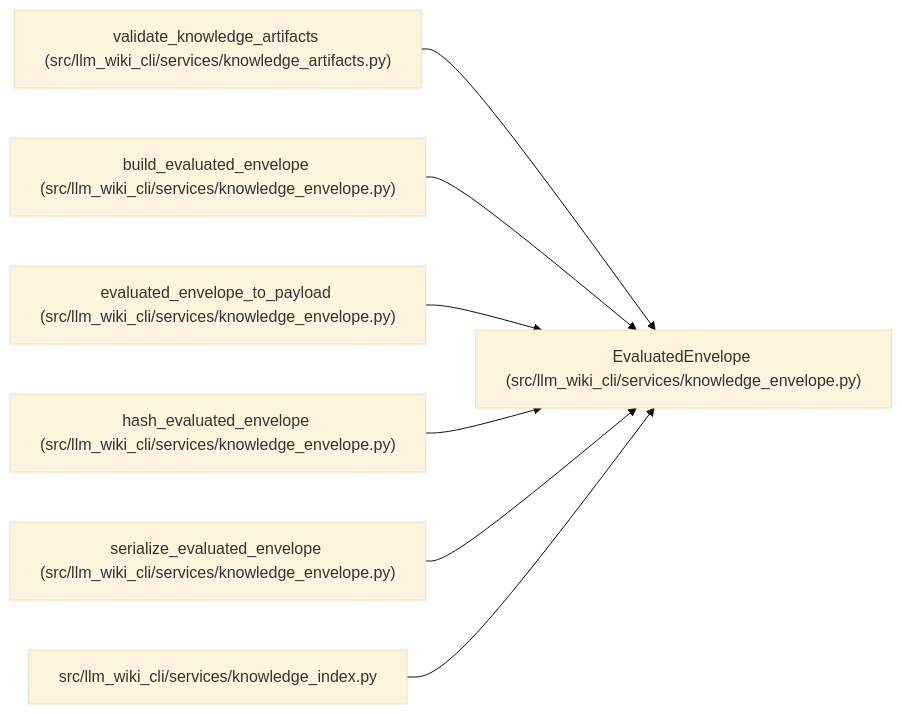
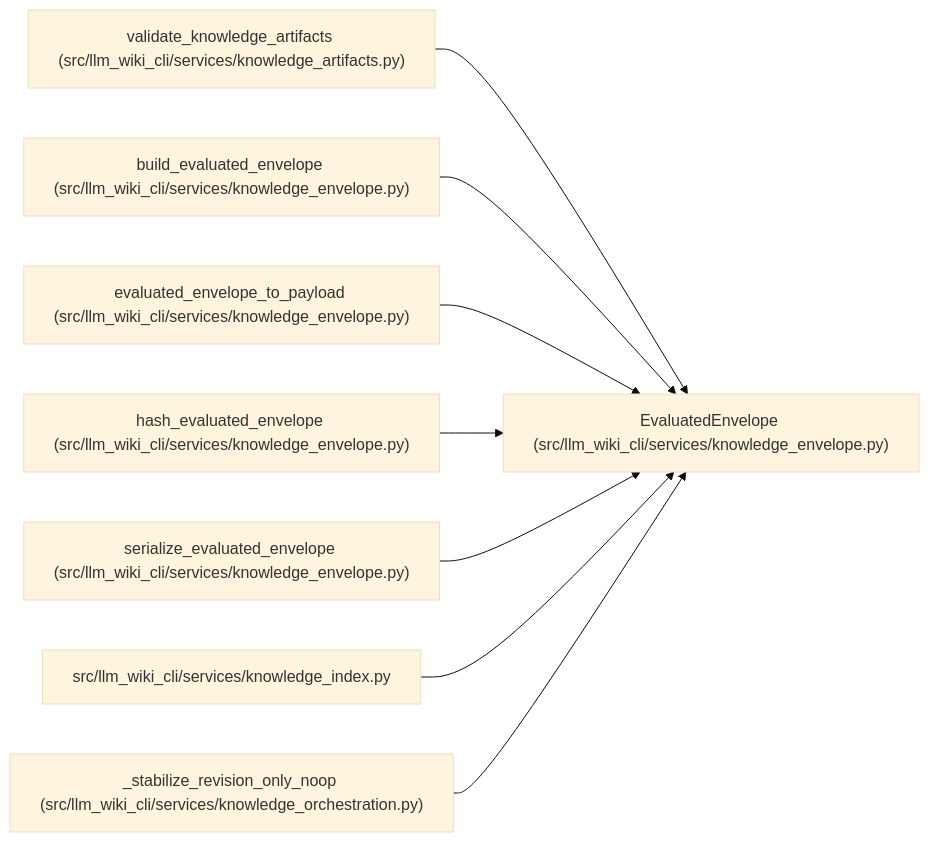
The diagram in docs/llm_wiki/entities/EvaluatedEnvelope.md (Denissvgn/python-wiki-llm), drawn with Mermaid (base theme) before and after one commit. The commit also changed other lines of this file and 240 other files, not shown here.

````diff
--- a/docs/llm_wiki/entities/EvaluatedEnvelope.md
+++ b/docs/llm_wiki/entities/EvaluatedEnvelope.md
@@ -33,23 +33,26 @@
 ```mermaid
 flowchart LR
     n0["EvaluatedEnvelope (src/llm_wiki_cli/services/knowledge_envelope.py)"]
     n1["validate_knowledge_artifacts (src/llm_wiki_cli/services/knowledge_artifacts.py)"]
     n2["build_evaluated_envelope (src/llm_wiki_cli/services/knowledge_envelope.py)"]
     n3["evaluated_envelope_to_payload (src/llm_wiki_cli/services/knowledge_envelope.py)"]
     n4["hash_evaluated_envelope (src/llm_wiki_cli/services/knowledge_envelope.py)"]
     n5["serialize_evaluated_envelope (src/llm_wiki_cli/services/knowledge_envelope.py)"]
     n6["src/llm_wiki_cli/services/knowledge_index.py"]
+    n7["_stabilize_revision_only_noop (src/llm_wiki_cli/services/knowledge_orchestration.py)"]
     n1 --> n0
     n2 --> n0
     n3 --> n0
     n4 --> n0
     n5 --> n0
     n6 --> n0
+    n7 --> n0
     click n0 "../modules/knowledge_envelope.md"
     click n1 "../modules/knowledge_artifacts.md"
     click n2 "../modules/knowledge_envelope.md"
     click n3 "../modules/knowledge_envelope.md"
     click n4 "../modules/knowledge_envelope.md"
     click n5 "../modules/knowledge_envelope.md"
     click n6 "../modules/knowledge_index.md"
+    click n7 "../modules/knowledge_orchestration.md"
 ```
````
